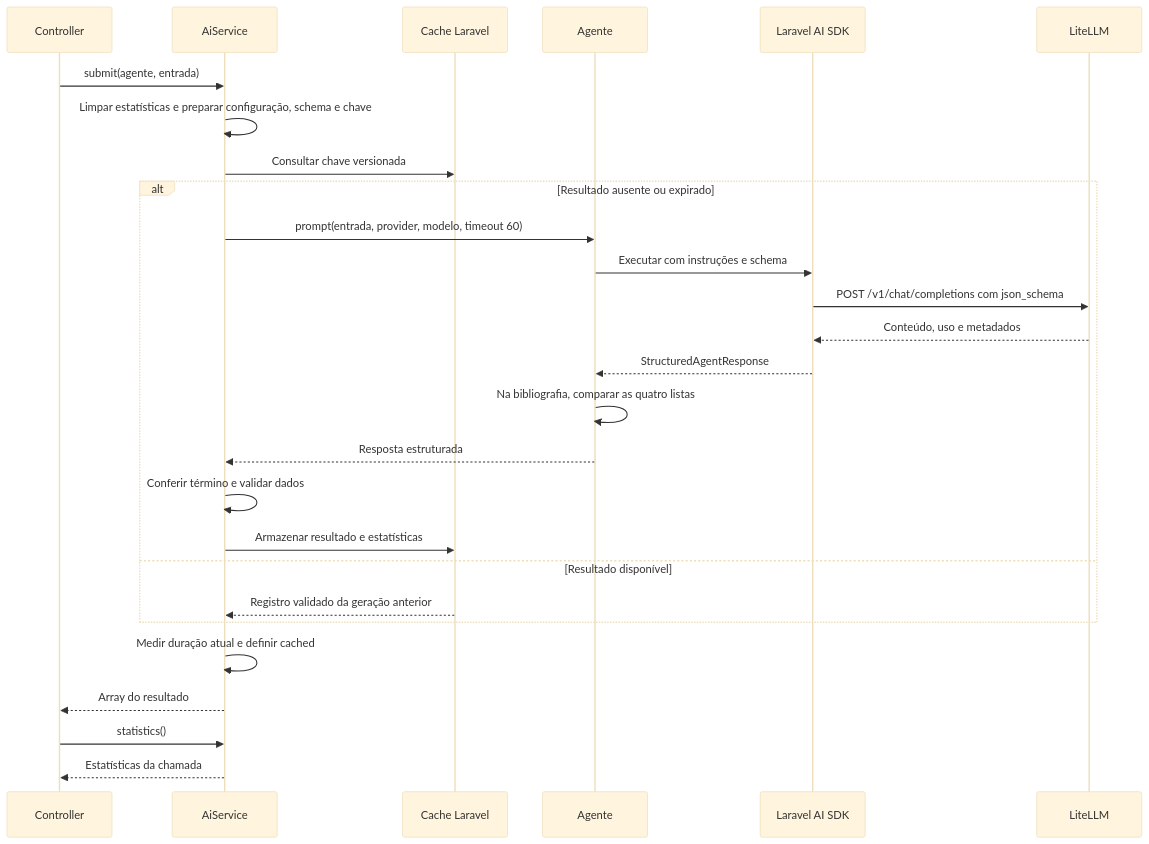
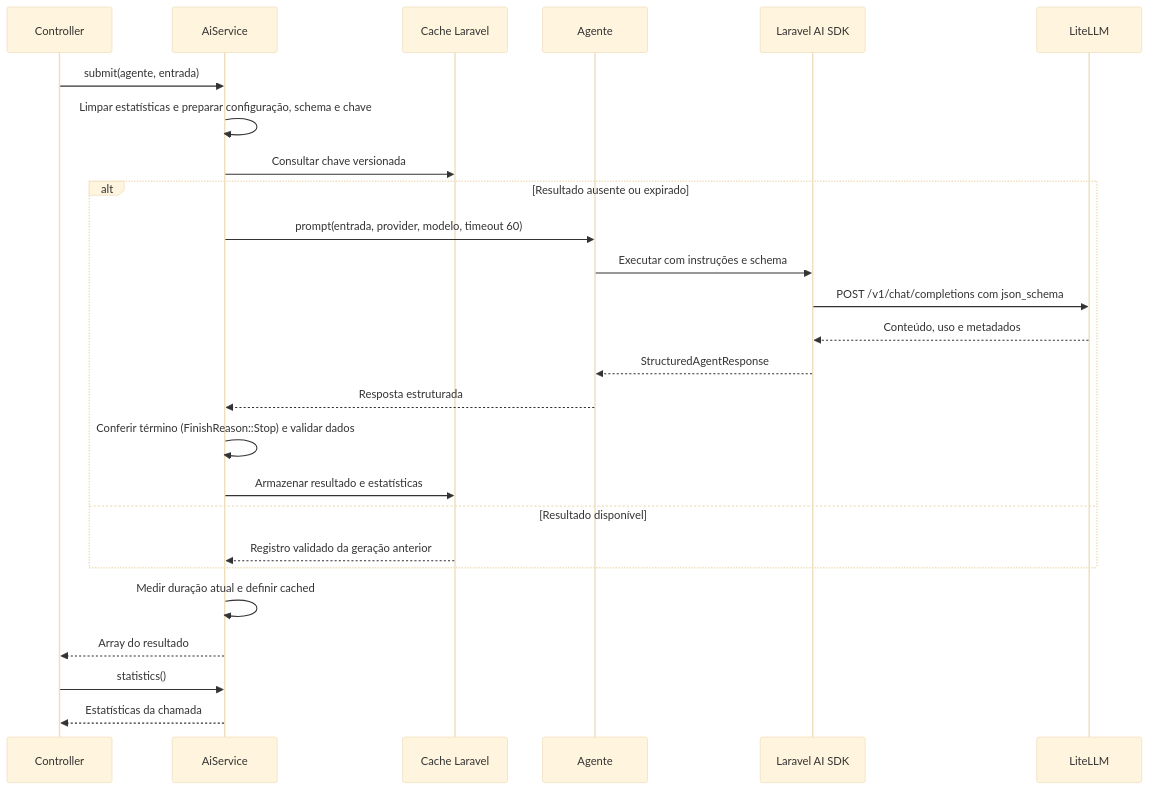
The second of 2 diagrams in docs/implementacao-laravel-ai-sdk.md (uspdev/ai-services), drawn with Mermaid (base theme) before and after one commit. The commit also changed other lines of this file and 3 other files, not shown here.

````diff
--- a/docs/implementacao-laravel-ai-sdk.md
+++ b/docs/implementacao-laravel-ai-sdk.md
@@ -299,29 +172,28 @@
 ```mermaid
 sequenceDiagram
     participant C as Controller
     participant S as AiService
     participant K as Cache Laravel
     participant A as Agente
     participant SDK as Laravel AI SDK
     participant L as LiteLLM
     C->>S: submit(agente, entrada)
     S->>S: Limpar estatísticas e preparar configuração, schema e chave
     S->>K: Consultar chave versionada
     alt Resultado ausente ou expirado
         S->>A: prompt(entrada, provider, modelo, timeout 60)
         A->>SDK: Executar com instruções e schema
         SDK->>L: POST /v1/chat/completions com json_schema
         L-->>SDK: Conteúdo, uso e metadados
         SDK-->>A: StructuredAgentResponse
-        A->>A: Na bibliografia, comparar as quatro listas
         A-->>S: Resposta estruturada
-        S->>S: Conferir término e validar dados
+        S->>S: Conferir término (FinishReason::Stop) e validar dados
         S->>K: Armazenar resultado e estatísticas
     else Resultado disponível
         K-->>S: Registro validado da geração anterior
     end
     S->>S: Medir duração atual e definir cached
     S-->>C: Array do resultado
     C->>S: statistics()
     S-->>C: Estatísticas da chamada
 ```
````
